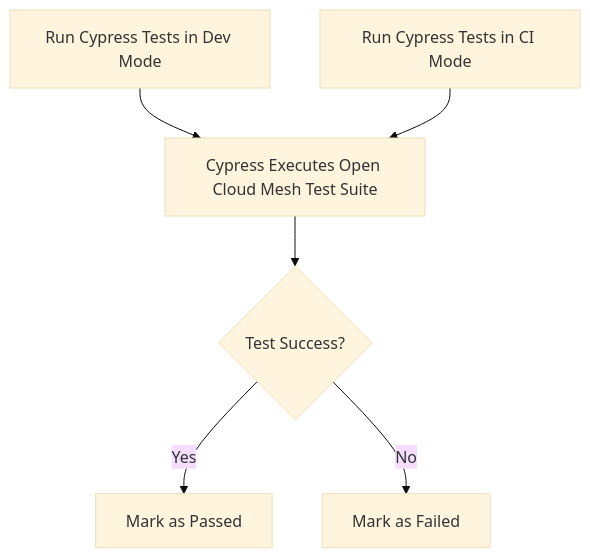
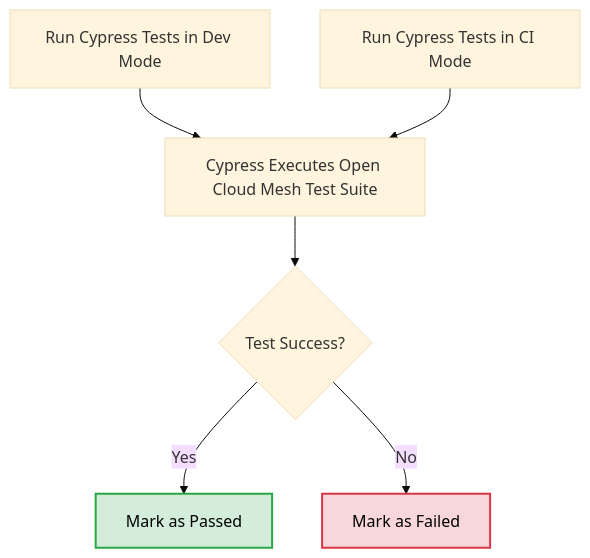
Before and after one commit to pondersource/dev-stock: the fifth of 6 diagrams in README.md, drawn with Mermaid (base theme). The commit also changed other lines of this file, not shown here.

````diff
--- a/README.md
+++ b/README.md
@@ -460,11 +470,21 @@
 ```mermaid
 flowchart TD
     %% Cypress Test Execution
     O[Run Cypress Tests in Dev Mode] --> P[Cypress Executes Open Cloud Mesh Test Suite]
     M2[Run Cypress Tests in CI Mode] --> P
 
     %% Verify Test Results
     P --> Q{Test Success?}
     Q -- Yes --> R[Mark as Passed]
     Q -- No --> S[Mark as Failed]
+
+    %% Subgraphs for better organization
+    classDef success fill:#d4edda,stroke:#28a745,stroke-width:2px;
+    classDef failure fill:#f8d7da,stroke:#dc3545,stroke-width:2px;
+    class R success;
+    class S failure;
+
+    %% Modify text color to black for specific nodes
+    style R fill:#d4edda,stroke:#28a745,stroke-width:2px,color:#000000
+    style S fill:#f8d7da,stroke:#dc3545,stroke-width:2px,color:#000000
 ```
````
